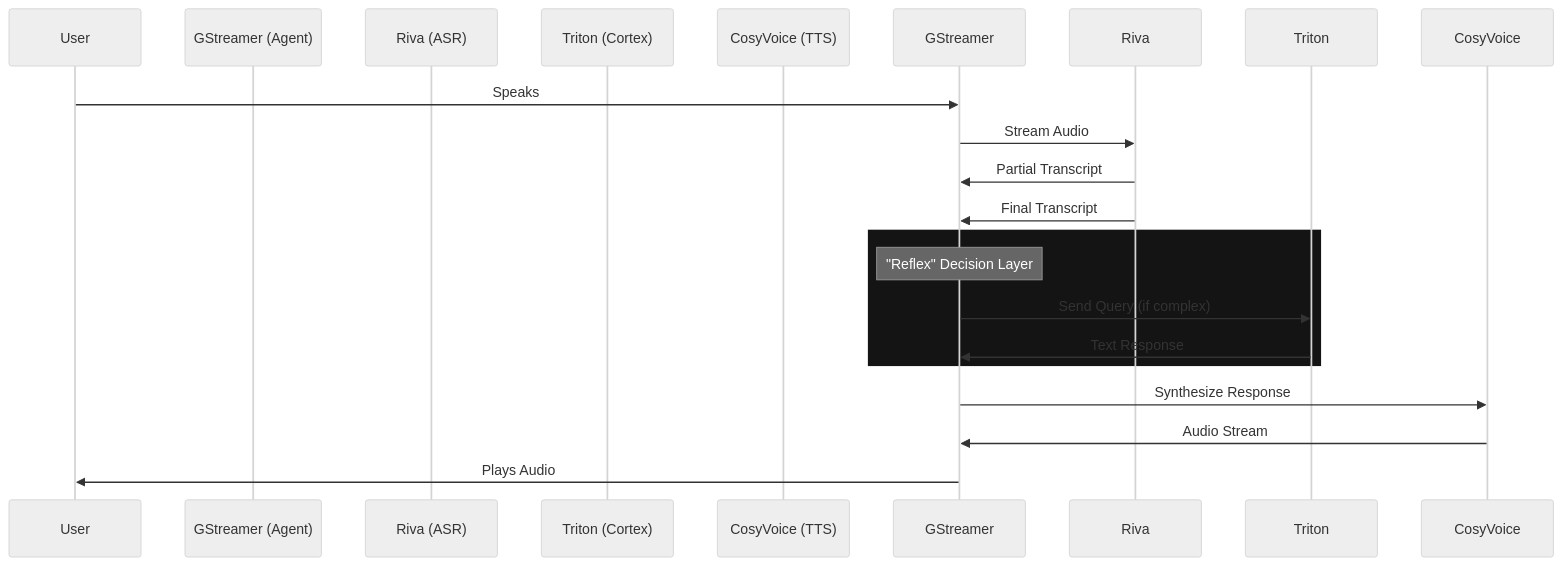
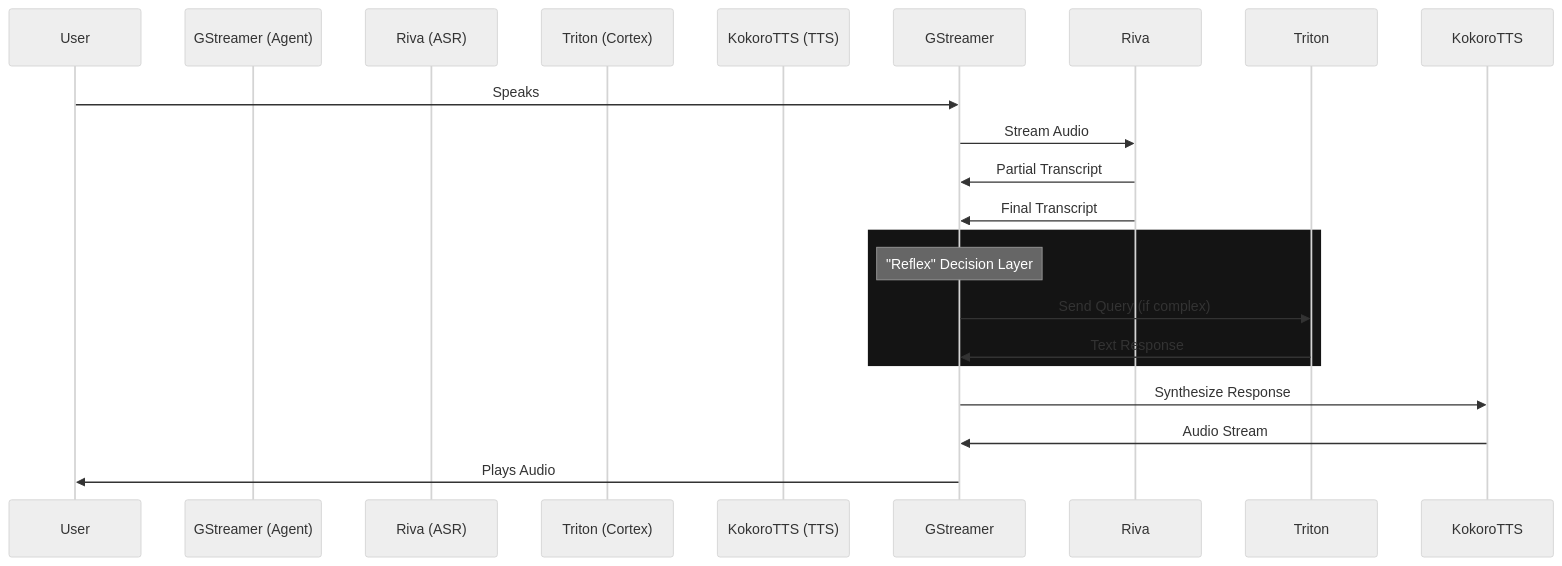
Before and after one commit to lhzn-io/chatty-buoy: the diagram in docs/quint_architecture.md, drawn with Mermaid (neutral theme). The commit also changed other lines of this file and 1 other file, not shown here.

````diff
--- a/docs/quint_architecture.md
+++ b/docs/quint_architecture.md
@@ -51,23 +52,23 @@
 ```mermaid
 sequenceDiagram
     participant User
     participant GStreamer (Agent)
     participant Riva (ASR)
     participant Triton (Cortex)
-    participant CosyVoice (TTS)
+    participant KokoroTTS (TTS)
 
     User->>GStreamer: Speaks
     GStreamer->>Riva: Stream Audio
     Riva->>GStreamer: Partial Transcript
     Riva->>GStreamer: Final Transcript
     
     rect rgb(20, 20, 20)
         Note over GStreamer: "Reflex" Decision Layer
         GStreamer->>Triton: Send Query (if complex)
         Triton->>GStreamer: Text Response
     end
     
-    GStreamer->>CosyVoice: Synthesize Response
-    CosyVoice->>GStreamer: Audio Stream
+    GStreamer->>KokoroTTS: Synthesize Response
+    KokoroTTS->>GStreamer: Audio Stream
     GStreamer->>User: Plays Audio
 ```
````
